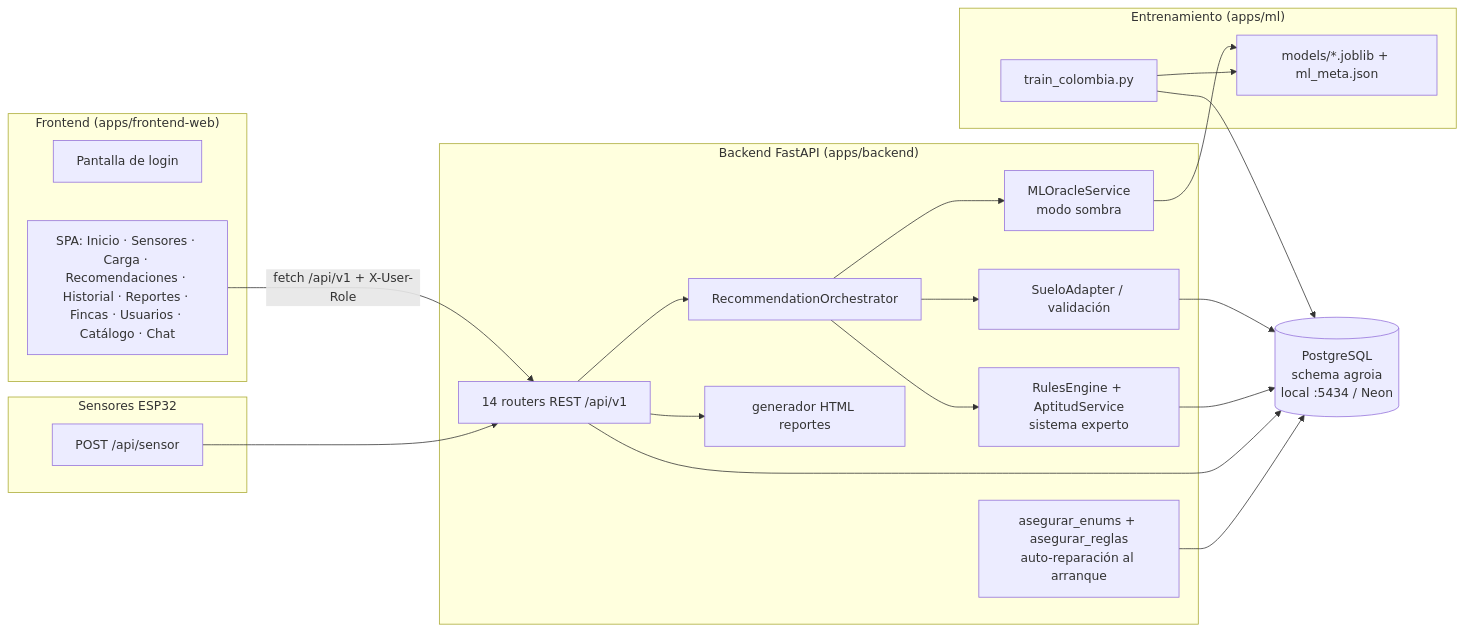
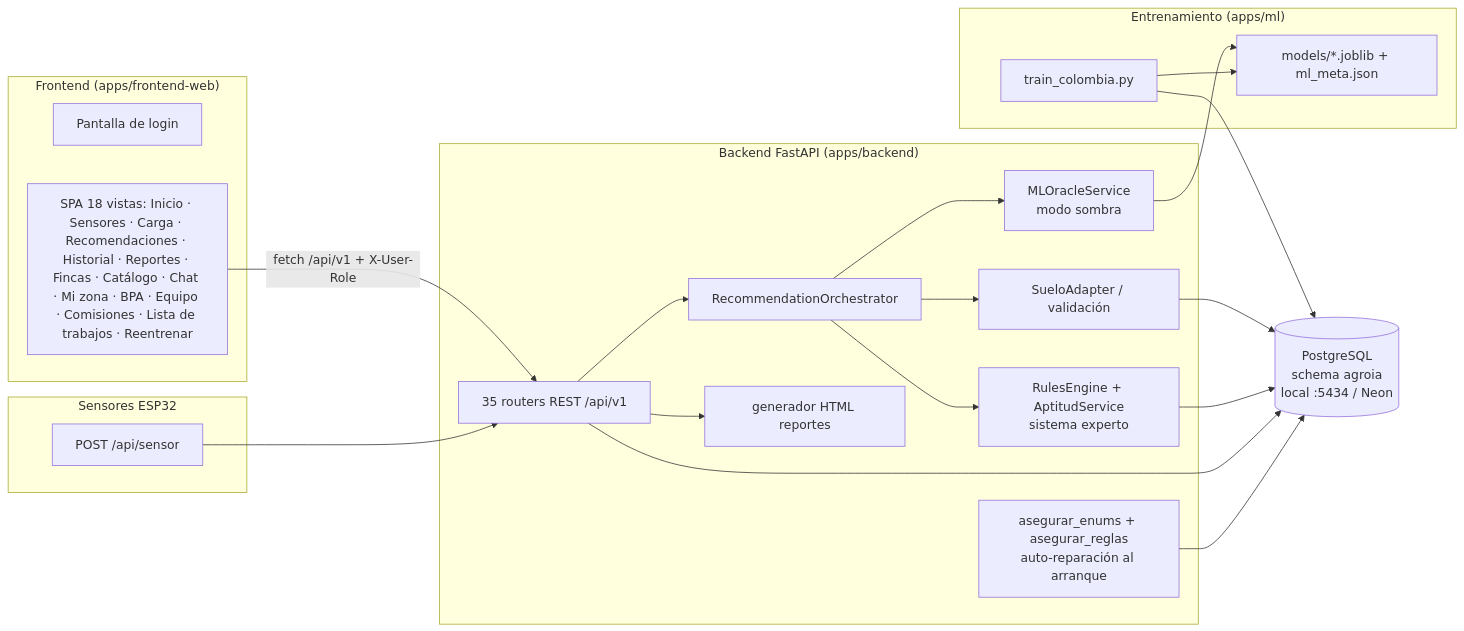
Before and after one commit to erick880709/Agro-ia: the first of 2 diagrams in resources/architecture/Documento_Funcional_Tecnico_AgroIA.md, drawn with Mermaid. The commit also changed other lines of this file and 5 other files, not shown here.

Commit message:
docs: documentacion actualizada a v2.13 — funcional-tecnico (35 routers, 35 tablas, migraciones 001-035), pantallas v2.13, arquitectura con estado actual de implementacion (SPA vanilla, Render+Neon, modulos v4/operativo) y script de sincronizacion HTML desde el .md

````diff
--- a/resources/architecture/Documento_Funcional_Tecnico_AgroIA.md
+++ b/resources/architecture/Documento_Funcional_Tecnico_AgroIA.md
@@ -64,36 +64,36 @@
 ```mermaid
 flowchart LR
   subgraph Frontend["Frontend (apps/frontend-web)"]
     LOGIN[Pantalla de login]
-    UI[SPA: Inicio · Sensores · Carga · Recomendaciones · Historial · Reportes · Fincas · Usuarios · Catálogo · Chat]
+    UI[SPA 18 vistas: Inicio · Sensores · Carga · Recomendaciones · Historial · Reportes · Fincas · Catálogo · Chat · Mi zona · BPA · Equipo · Comisiones · Lista de trabajos · Reentrenar]
   end
   subgraph Backend["Backend FastAPI (apps/backend)"]
-    API[14 routers REST /api/v1]
+    API[35 routers REST /api/v1]
     ORCH[RecommendationOrchestrator]
     RULES[RulesEngine + AptitudService<br/>sistema experto]
     ML[MLOracleService<br/>modo sombra]
     ADAPTER[SueloAdapter / validación]
     REPORTES[generador HTML reportes]
     ENUMS[asegurar_enums + asegurar_reglas<br/>auto-reparación al arranque]
   end
   subgraph ML_Train["Entrenamiento (apps/ml)"]
     TRAIN[train_colombia.py]
     ARTIFACTS[models/*.joblib + ml_meta.json]
   end
   subgraph IoT["Sensores ESP32"]
     SENSOR[POST /api/sensor]
   end
   DB[(PostgreSQL<br/>schema agroia<br/>local :5434 / Neon)]
 
   UI -->|fetch /api/v1 + X-User-Role| API
   SENSOR --> API
   API --> ORCH
   ORCH --> ADAPTER --> DB
   ORCH --> RULES --> DB
   ORCH --> ML --> ARTIFACTS
   API --> REPORTES
   API --> DB
   TRAIN --> DB
   TRAIN --> ARTIFACTS
   ENUMS --> DB
 ```
````
